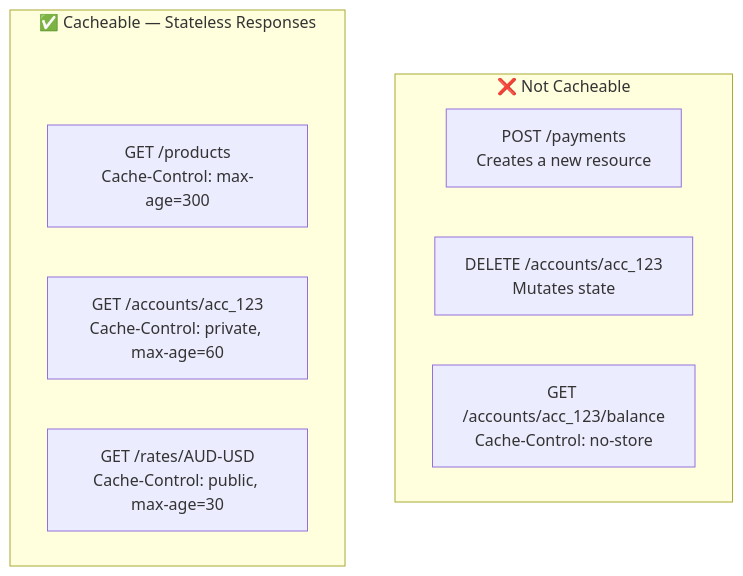
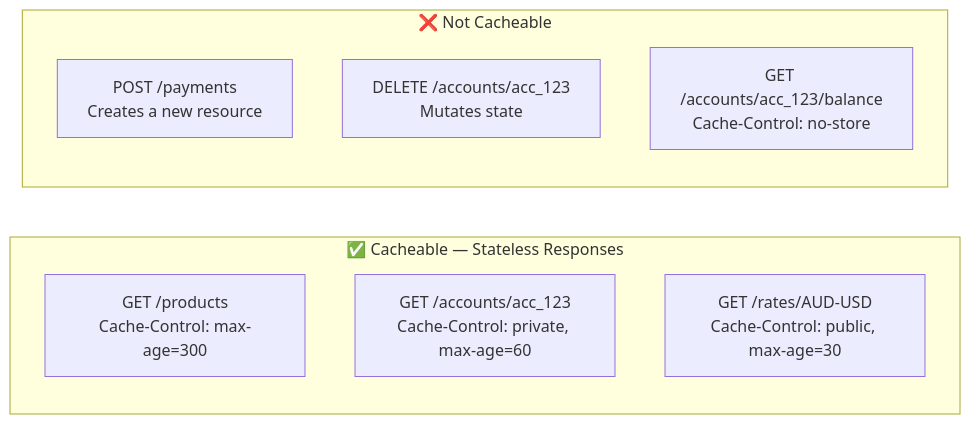
One commit to romangurevitch/GoTraining changed the seventh of 8 diagrams in internal/fundamentals/api-fundamentals/03-statelessness.md. Above: the diagram before and after it, drawn with Mermaid. The commit also changed other lines of this file and 20 other files, not shown here.

````diff
--- a/internal/fundamentals/api-fundamentals/03-statelessness.md
+++ b/internal/fundamentals/api-fundamentals/03-statelessness.md
@@ -178,17 +194,18 @@
 ```mermaid
-graph TB
+graph TD
     subgraph NotCacheable["❌ Not Cacheable"]
+        direction TB
         N1["POST /payments<br/>Creates a new resource"]
         N2["DELETE /accounts/acc_123<br/>Mutates state"]
         N3["GET /accounts/acc_123/balance<br/>Cache-Control: no-store"]
     end
+
+    NotCacheable ~~~ Cacheable
     
     subgraph Cacheable["✅ Cacheable — Stateless Responses"]
-        SPACE1["  "]
+        direction TB
         C1["GET /products<br/>Cache-Control: max-age=300"]
         C2["GET /accounts/acc_123<br/>Cache-Control: private, max-age=60"]
         C3["GET /rates/AUD-USD<br/>Cache-Control: public, max-age=30"]
     end
-
-    style SPACE1 fill:none,stroke:none
 ```
````
